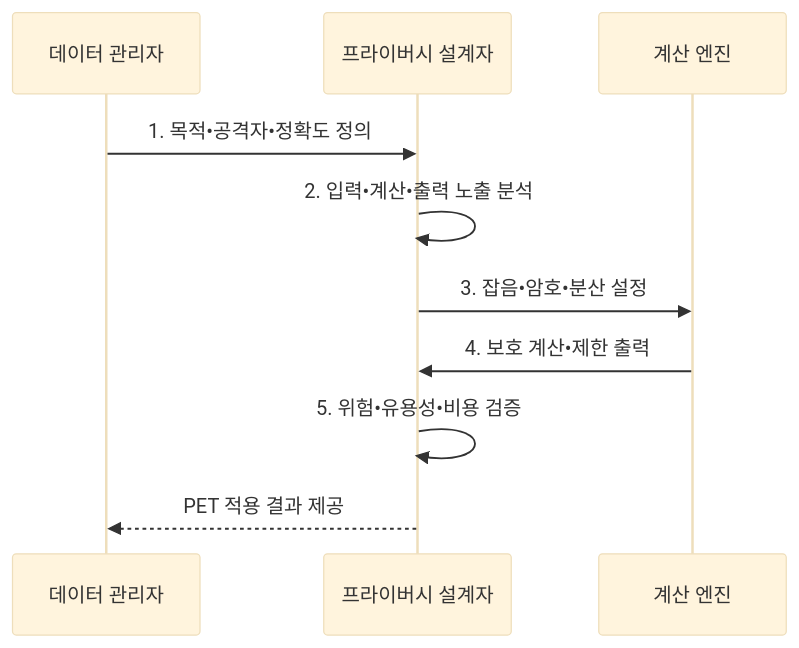
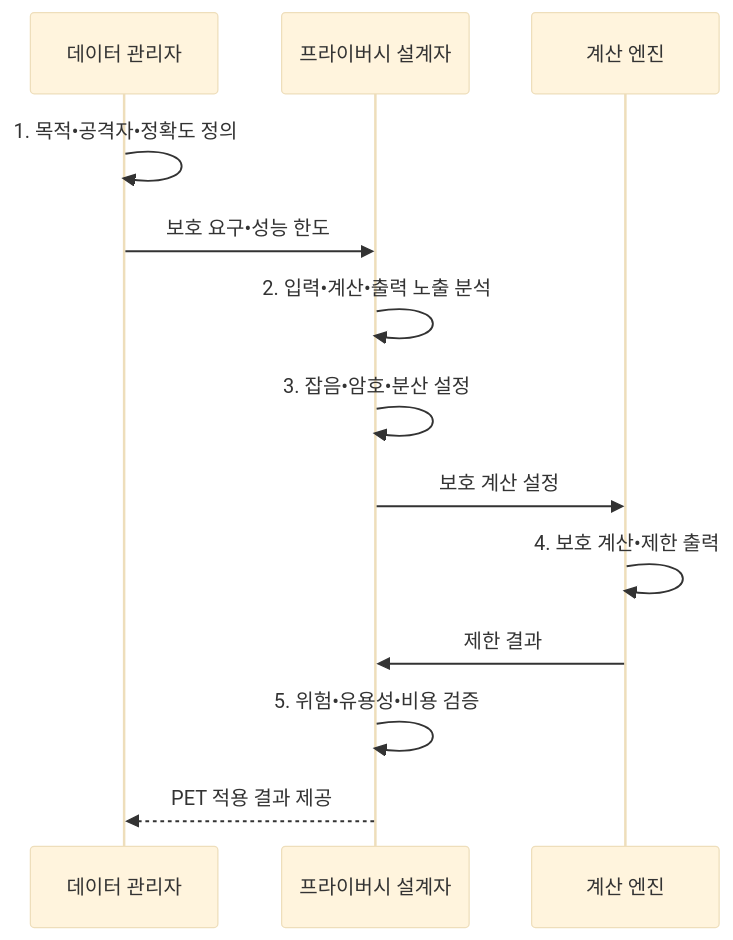
The second of 2 diagrams in src/content/docs/notes/05-security/100_privacy_enhancing_technologies.md (agnusdei1207/knowledge-base), drawn with Mermaid (base theme) before and after one commit. The commit also changed other lines of this file and 14 other files, not shown here.

````diff
--- a/src/content/docs/notes/05-security/100_privacy_enhancing_technologies.md
+++ b/src/content/docs/notes/05-security/100_privacy_enhancing_technologies.md
@@ -102,12 +102,15 @@
 ```mermaid
 sequenceDiagram
     participant O as 데이터 관리자
     participant P as 프라이버시 설계자
     participant C as 계산 엔진
-    O->>P: 1. 목적•공격자•정확도 정의
+    O->>O: 1. 목적•공격자•정확도 정의
+    O->>P: 보호 요구•성능 한도
     P->>P: 2. 입력•계산•출력 노출 분석
-    P->>C: 3. 잡음•암호•분산 설정
-    C->>P: 4. 보호 계산•제한 출력
+    P->>P: 3. 잡음•암호•분산 설정
+    P->>C: 보호 계산 설정
+    C->>C: 4. 보호 계산•제한 출력
+    C->>P: 제한 결과
     P->>P: 5. 위험•유용성•비용 검증
     P-->>O: PET 적용 결과 제공
 ```
````
